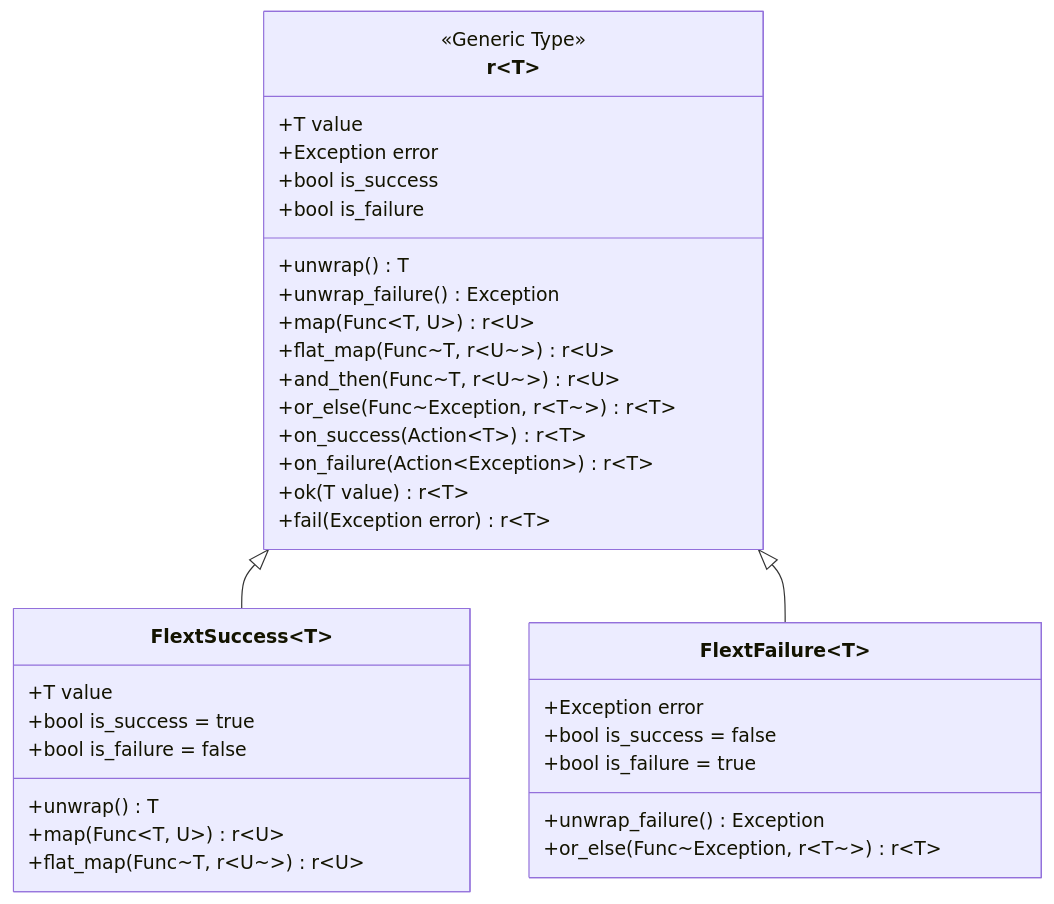
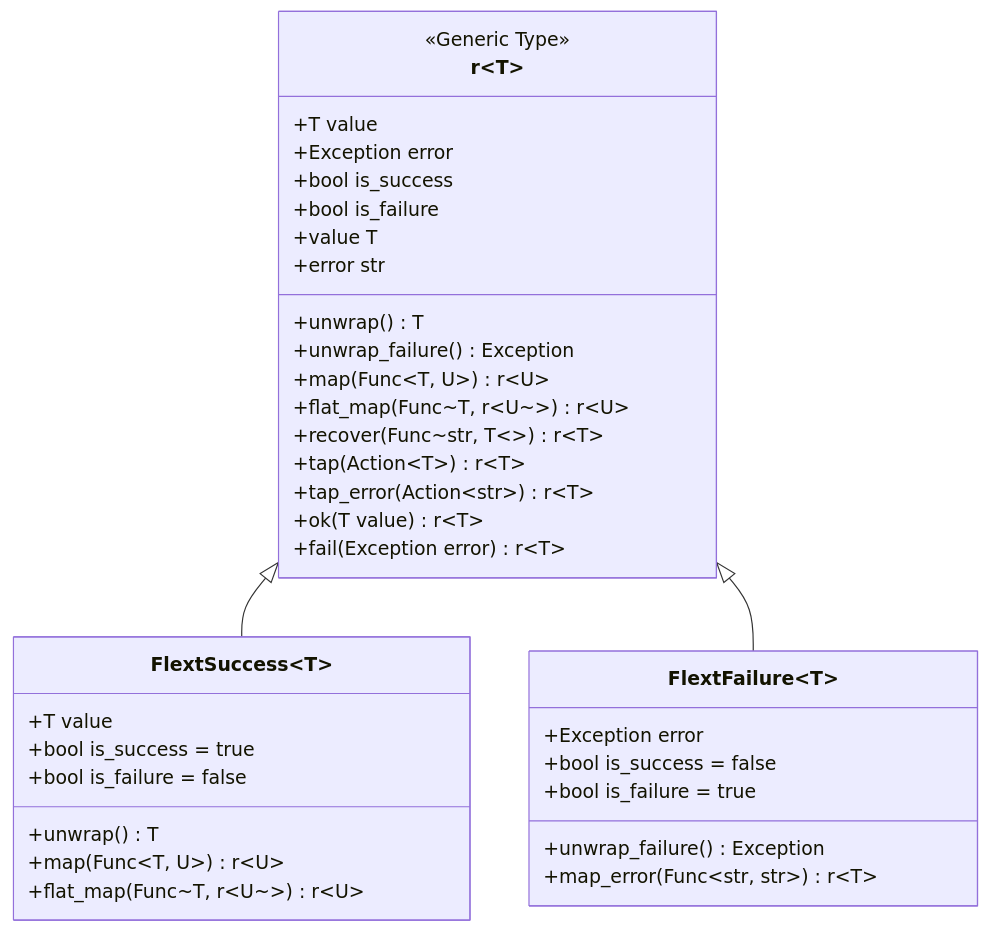
One commit to flext-sh/flext changed the first of 10 diagrams in docs/architecture/c4-model/code-diagrams.md. Above: the diagram before and after it, drawn with Mermaid. The commit also changed 2 other files, not shown here.

Commit message:
docs(architecture): archive stale CQRS/service architecture docs and align Result API diagrams

````diff
--- a/docs/architecture/c4-model/code-diagrams.md
+++ b/docs/architecture/c4-model/code-diagrams.md
@@ -31,40 +31,41 @@
 ```mermaid
 classDiagram
     class r~T~ {
         <<Generic Type>>
         +T value
         +Exception error
         +bool is_success
         +bool is_failure
         +unwrap() T
         +unwrap_failure() Exception
+        +value T
+        +error str
         +map(Func~T, U~) r~U~
         +flat_map(Func~T, r~U~~) r~U~
-        +and_then(Func~T, r~U~~) r~U~
-        +or_else(Func~Exception, r~T~~) r~T~
-        +on_success(Action~T~) r~T~
-        +on_failure(Action~Exception~) r~T~
+        +recover(Func~str, T~~) r~T~
+        +tap(Action~T~) r~T~
+        +tap_error(Action~str~) r~T~
         +ok(T value) r~T~
         +fail(Exception error) r~T~
     }
 
     class FlextSuccess~T~ {
         +T value
         +bool is_success = true
         +bool is_failure = false
         +unwrap() T
         +map(Func~T, U~) r~U~
         +flat_map(Func~T, r~U~~) r~U~
     }
 
     class FlextFailure~T~ {
         +Exception error
         +bool is_success = false
         +bool is_failure = true
         +unwrap_failure() Exception
-        +or_else(Func~Exception, r~T~~) r~T~
+        +map_error(Func~str, str~) r~T~
     }
 
     r~T~ <|-- FlextSuccess~T~
     r~T~ <|-- FlextFailure~T~
 ```
````
